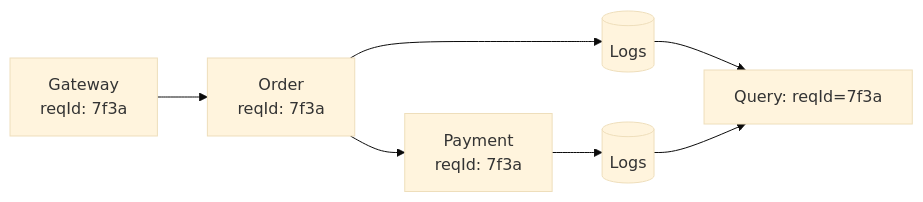
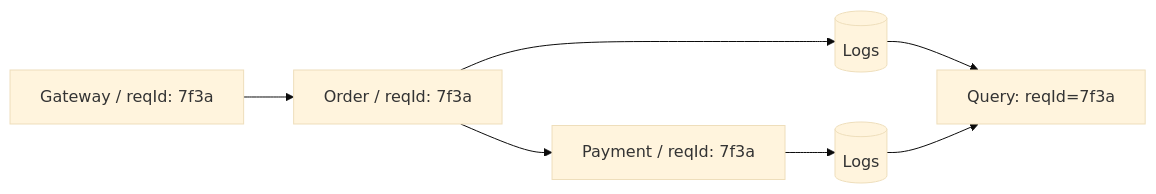
The tenth of 20 diagrams in 09-observability/README.md (hareramcse/SystemDesign), drawn with Mermaid (base theme) before and after one commit. The commit also changed other lines of this file and 14 other files, not shown here.

````diff
--- a/09-observability/README.md
+++ b/09-observability/README.md
@@ -565,8 +565,8 @@
 ```mermaid
 flowchart LR
-    GW[Gateway<br/>reqId: 7f3a] --> S1[Order<br/>reqId: 7f3a]
-    S1 --> S2[Payment<br/>reqId: 7f3a]
+    GW["Gateway / reqId: 7f3a"] --> S1["Order / reqId: 7f3a"]
+    S1 --> S2["Payment / reqId: 7f3a"]
     S1 --> L1[(Logs)]
     S2 --> L2[(Logs)]
     L1 & L2 --> Q["Query: reqId=7f3a"]
 ```
````
